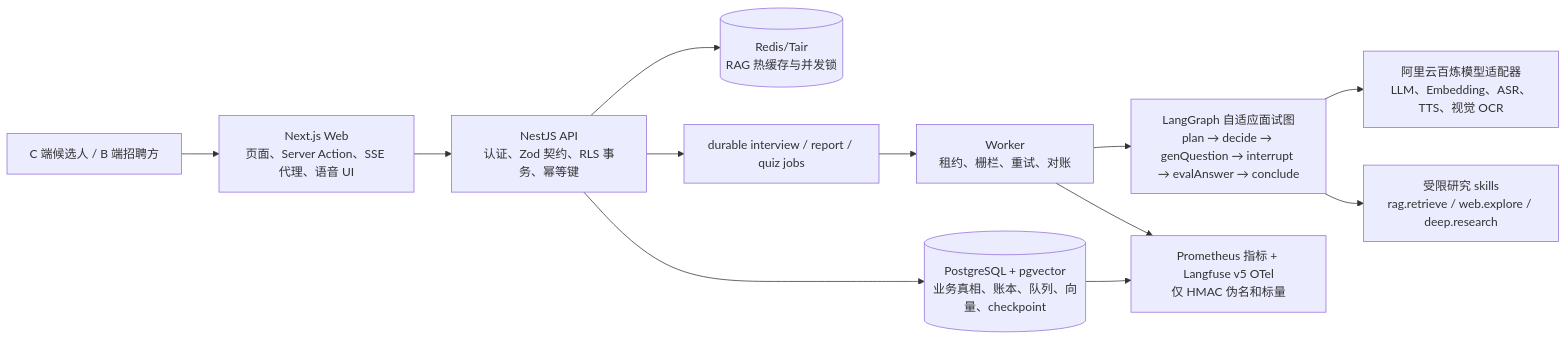
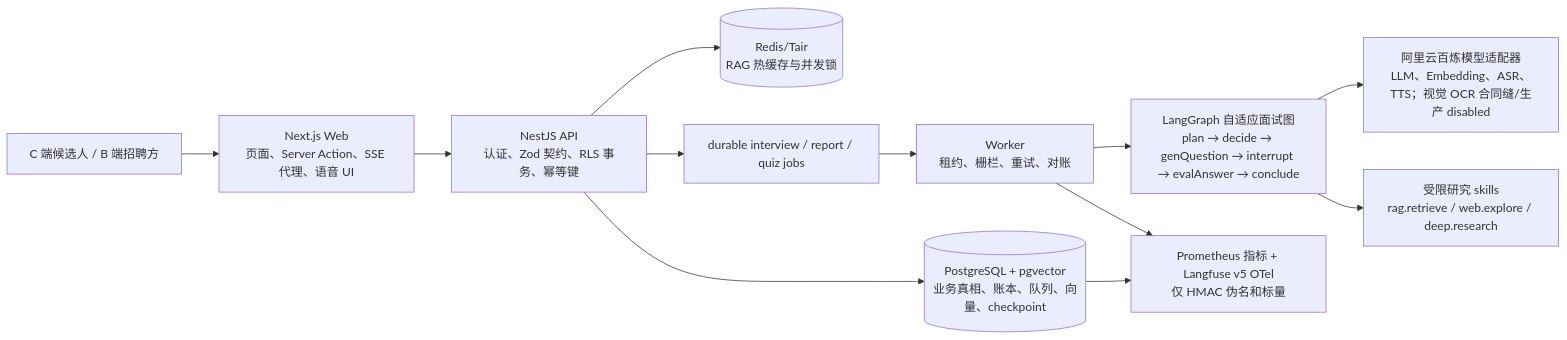
Before and after one commit to miaole/meetwise: the diagram in ai-docs/architecture/current-runtime-truth.md, drawn with Mermaid. The commit also changed 9 other files, not shown here.

````diff
--- a/ai-docs/architecture/current-runtime-truth.md
+++ b/ai-docs/architecture/current-runtime-truth.md
@@ -79,14 +79,14 @@
 ```mermaid
 flowchart LR
   U["C 端候选人 / B 端招聘方"] --> W["Next.js Web\n页面、Server Action、SSE 代理、语音 UI"]
   W --> A["NestJS API\n认证、Zod 契约、RLS 事务、幂等键"]
   A --> P[("PostgreSQL + pgvector\n业务真相、账本、队列、向量、checkpoint")]
   A --> R[("Redis/Tair\nRAG 热缓存与并发锁")]
   A --> Q["durable interview / report / quiz jobs"]
   Q --> K["Worker\n租约、栅栏、重试、对账"]
   K --> G["LangGraph 自适应面试图\nplan → decide → genQuestion → interrupt → evalAnswer → conclude"]
-  G --> M["阿里云百炼模型适配器\nLLM、Embedding、ASR、TTS、视觉 OCR"]
+  G --> M["阿里云百炼模型适配器\nLLM、Embedding、ASR、TTS；视觉 OCR 合同缝/生产 disabled"]
   G --> S["受限研究 skills\nrag.retrieve / web.explore / deep.research"]
   K --> O["Prometheus 指标 + Langfuse v5 OTel\n仅 HMAC 伪名和标量"]
   P --> O
 ```
````
